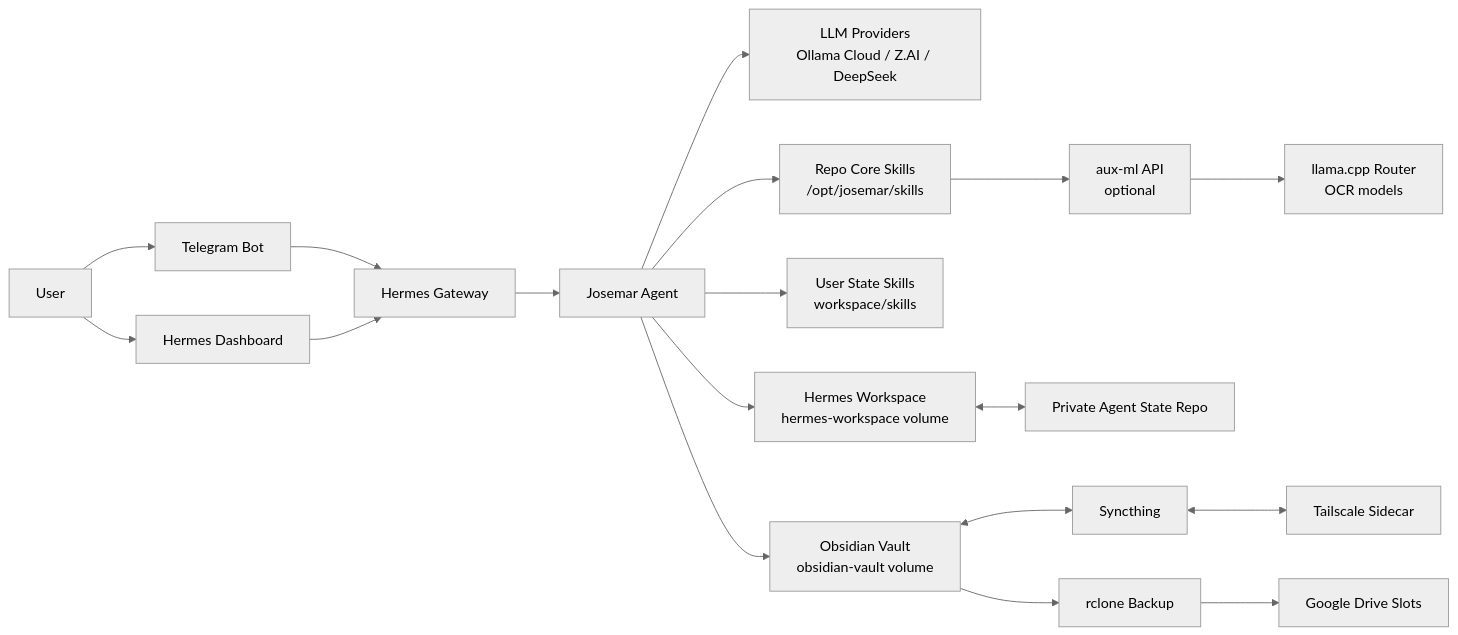
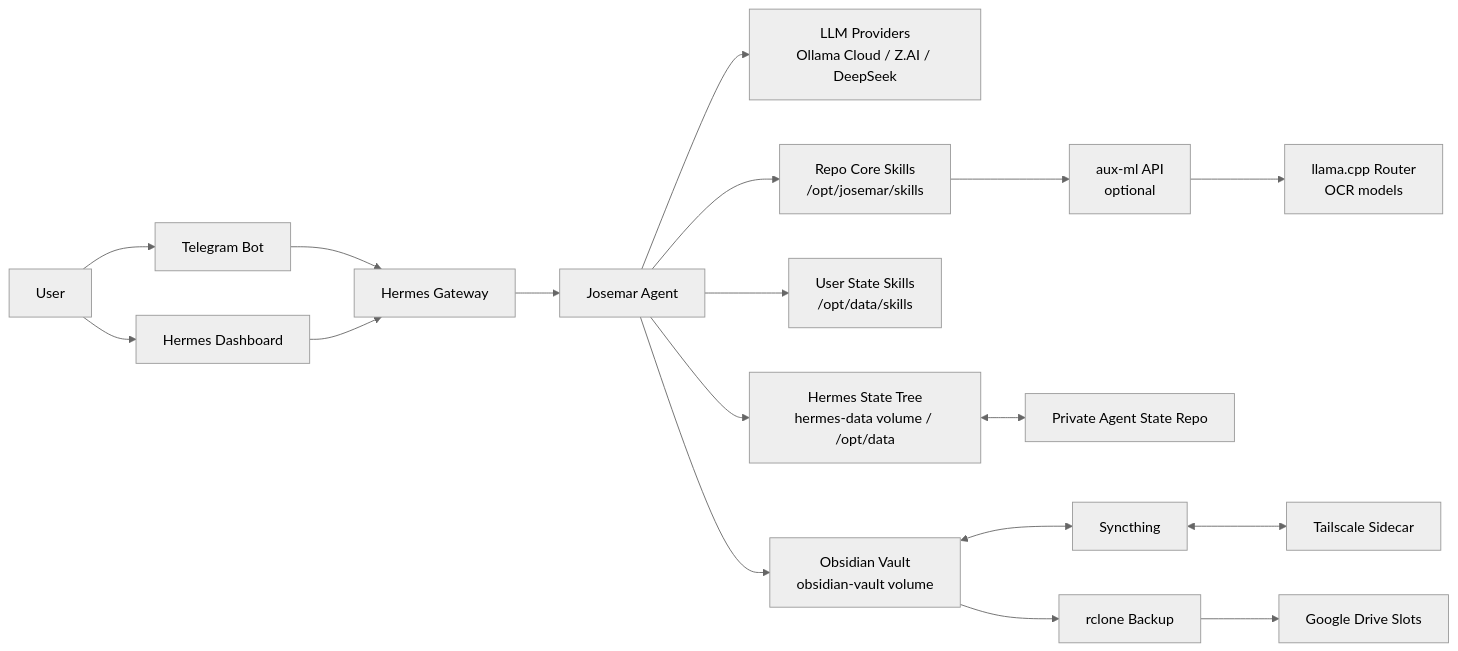
The first of 4 diagrams in README.md (Pedrohgv/josemar-assistente), drawn with Mermaid (neutral theme) before and after one commit. The commit also changed other lines of this file and 21 other files, not shown here.

````diff
--- a/README.md
+++ b/README.md
@@ -23,24 +23,24 @@
 ```mermaid
 flowchart LR
   User[User] --> Telegram[Telegram Bot]
   User --> Dashboard[Hermes Dashboard]
 
   Telegram --> Gateway[Hermes Gateway]
   Dashboard --> Gateway
 
   Gateway --> Agent[Josemar Agent]
   Agent --> Models[LLM Providers<br/>Ollama Cloud / Z.AI / DeepSeek]
   Agent --> CoreSkills[Repo Core Skills<br/>/opt/josemar/skills]
-  Agent --> StateSkills[User State Skills<br/>workspace/skills]
+  Agent --> StateSkills[User State Skills<br/>/opt/data/skills]
   Agent --> Vault[Obsidian Vault<br/>obsidian-vault volume]
 
   CoreSkills --> AuxML[aux-ml API<br/>optional]
   AuxML --> Llama[llama.cpp Router<br/>OCR models]
 
-  Agent --> Workspace[Hermes Workspace<br/>hermes-workspace volume]
-  Workspace <--> StateRepo[Private Agent State Repo]
+  Agent --> StateTree[Hermes State Tree<br/>hermes-data volume / /opt/data]
+  StateTree <--> StateRepo[Private Agent State Repo]
   Vault <--> Syncthing[Syncthing]
   Syncthing <--> Tailscale[Tailscale Sidecar]
   Vault --> Backup[rclone Backup]
   Backup --> GDrive[Google Drive Slots]
 ```
````
